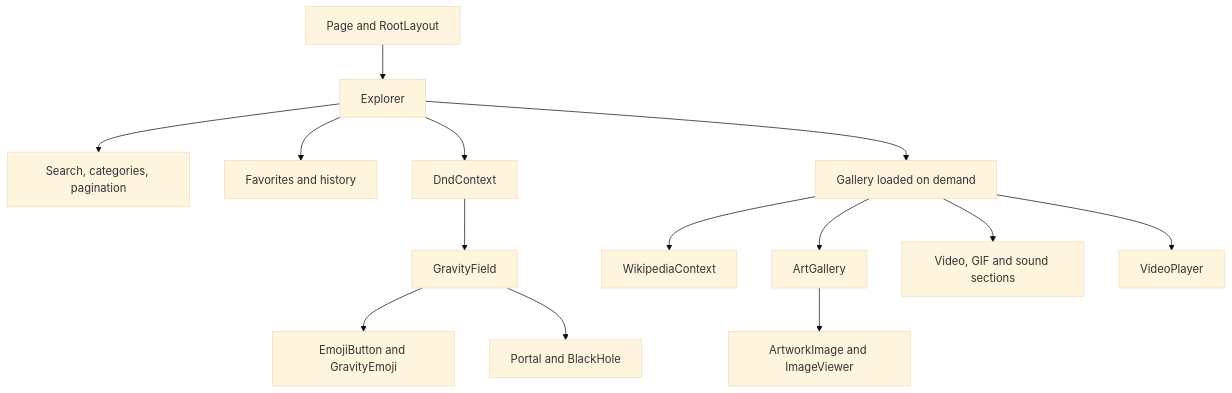
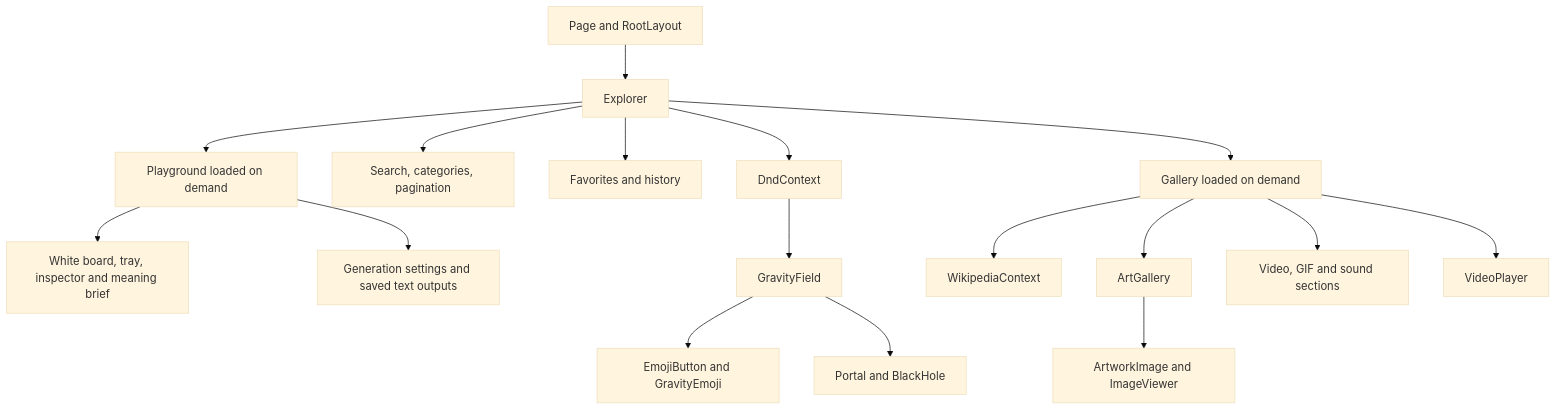
Before and after one commit to juandarr/emoji-dream-maker: the second of 6 diagrams in docs/architecture-overview.md, drawn with Mermaid (base theme). The commit also changed other lines of this file and 15 other files, not shown here.

````diff
--- a/docs/architecture-overview.md
+++ b/docs/architecture-overview.md
@@ -89,16 +96,19 @@
 ```mermaid
 flowchart TD
   PAGE[Page and RootLayout] --> EXP[Explorer]
+  EXP --> PG[Playground loaded on demand]
+  PG --> BOARD[White board, tray, inspector and meaning brief]
+  PG --> CREATE[Generation settings and saved text outputs]
   EXP --> SEARCH[Search, categories, pagination]
   EXP --> SAVED[Favorites and history]
   EXP --> DND[DndContext]
   DND --> GRAV[GravityField]
   GRAV --> EMOJI[EmojiButton and GravityEmoji]
   GRAV --> PORTAL[Portal and BlackHole]
   EXP --> GALLERY[Gallery loaded on demand]
   GALLERY --> CONTEXT[WikipediaContext]
   GALLERY --> ART[ArtGallery]
   ART --> IMAGE[ArtworkImage and ImageViewer]
   GALLERY --> SECTIONS[Video, GIF and sound sections]
   GALLERY --> VIDEO[VideoPlayer]
 ```
````
